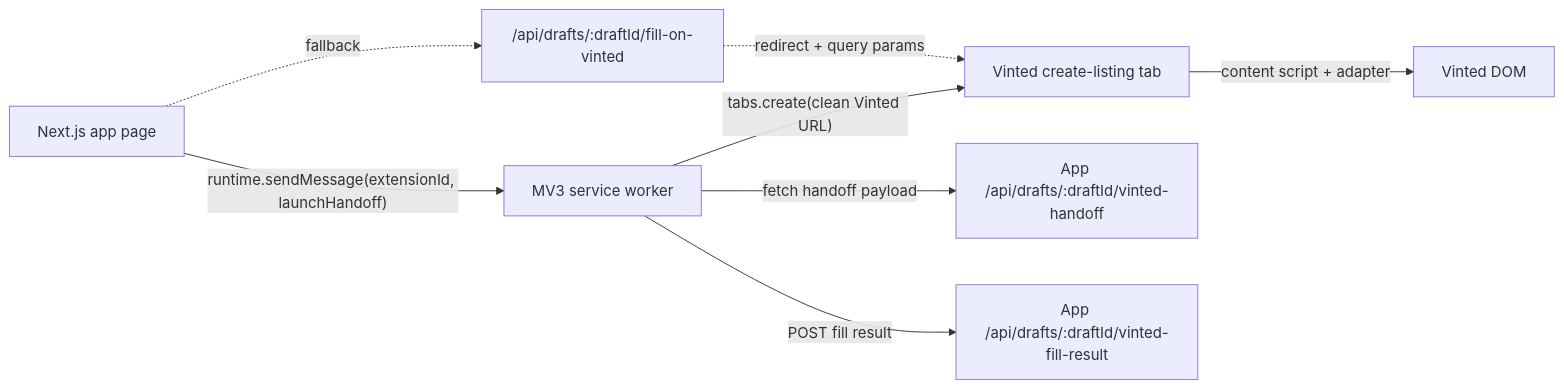
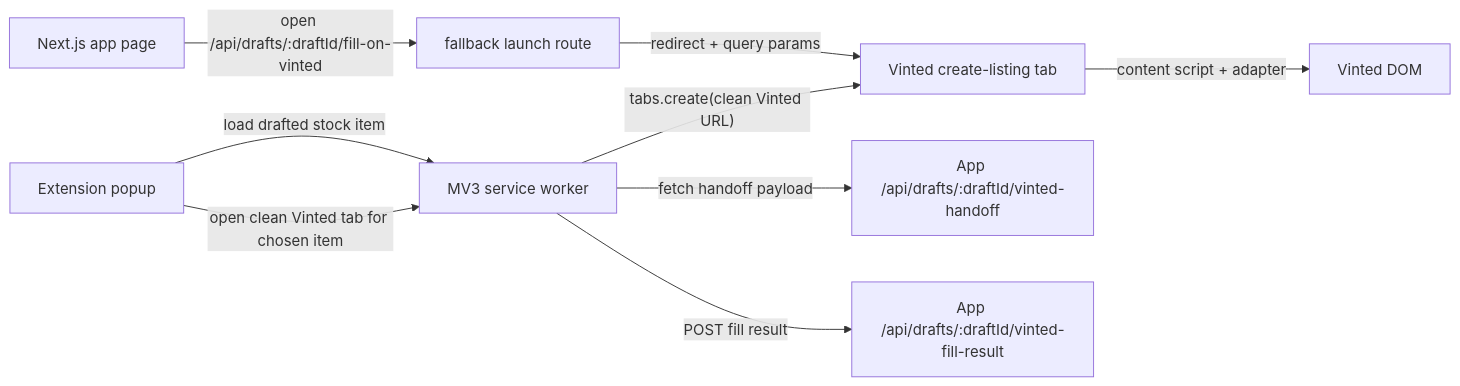
One commit to ggmwork/vintedauto changed the diagram in docs/36-vinted-extension-recommended-bridge-architecture.md. Above: the diagram before and after it, drawn with Mermaid. The commit also changed other lines of this file and 11 other files, not shown here.

Commit message:
Add extension stock picker and simplify Vinted launch

````diff
--- a/docs/36-vinted-extension-recommended-bridge-architecture.md
+++ b/docs/36-vinted-extension-recommended-bridge-architecture.md
@@ -13,10 +13,11 @@
 ```mermaid
 flowchart LR
-  A["Next.js app page"] -->|"runtime.sendMessage(extensionId, launchHandoff)"| B["MV3 service worker"]
-  B -->|"tabs.create(clean Vinted URL)"| C["Vinted create-listing tab"]
+  A["Next.js app page"] -->|"open /api/drafts/:draftId/fill-on-vinted"| G["fallback launch route"]
+  G -->|"redirect + query params"| C["Vinted create-listing tab"]
+  H["Extension popup"] -->|"load drafted stock item"| B["MV3 service worker"]
+  H -->|"open clean Vinted tab for chosen item"| B
+  B -->|"tabs.create(clean Vinted URL)"| C
   B -->|"fetch handoff payload"| D["App /api/drafts/:draftId/vinted-handoff"]
   C -->|"content script + adapter"| E["Vinted DOM"]
   B -->|"POST fill result"| F["App /api/drafts/:draftId/vinted-fill-result"]
-  A -. "fallback" .-> G["/api/drafts/:draftId/fill-on-vinted"]
-  G -. "redirect + query params" .-> C
 ```
````
